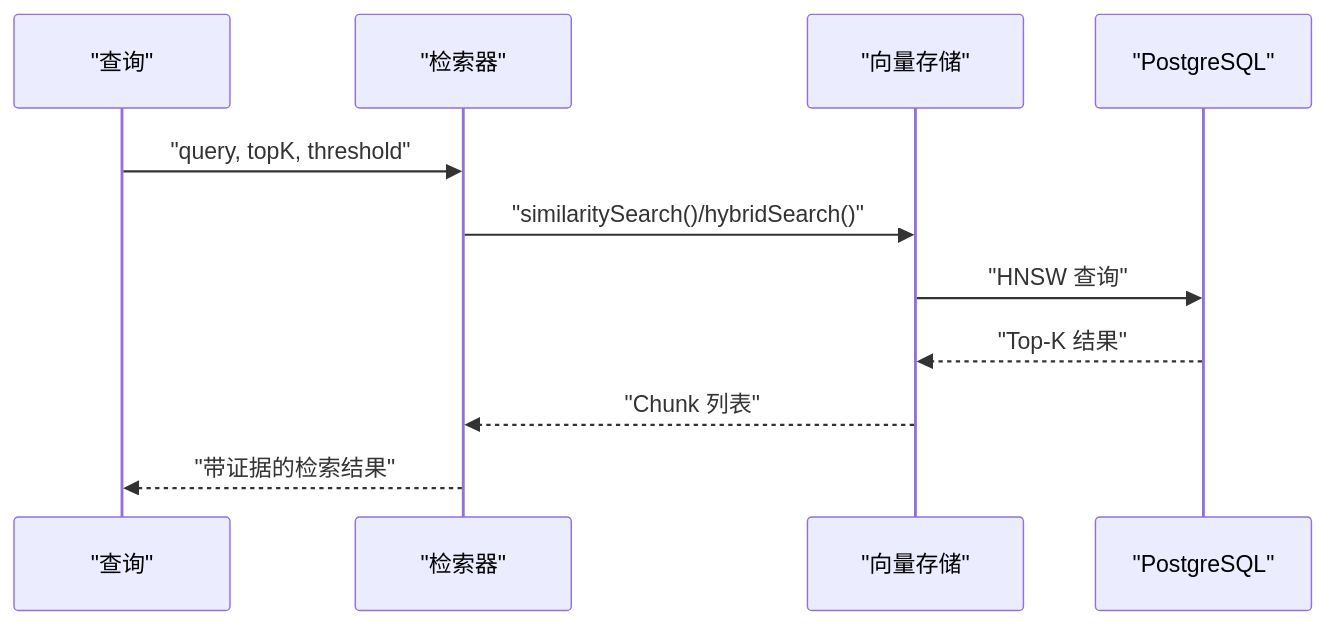
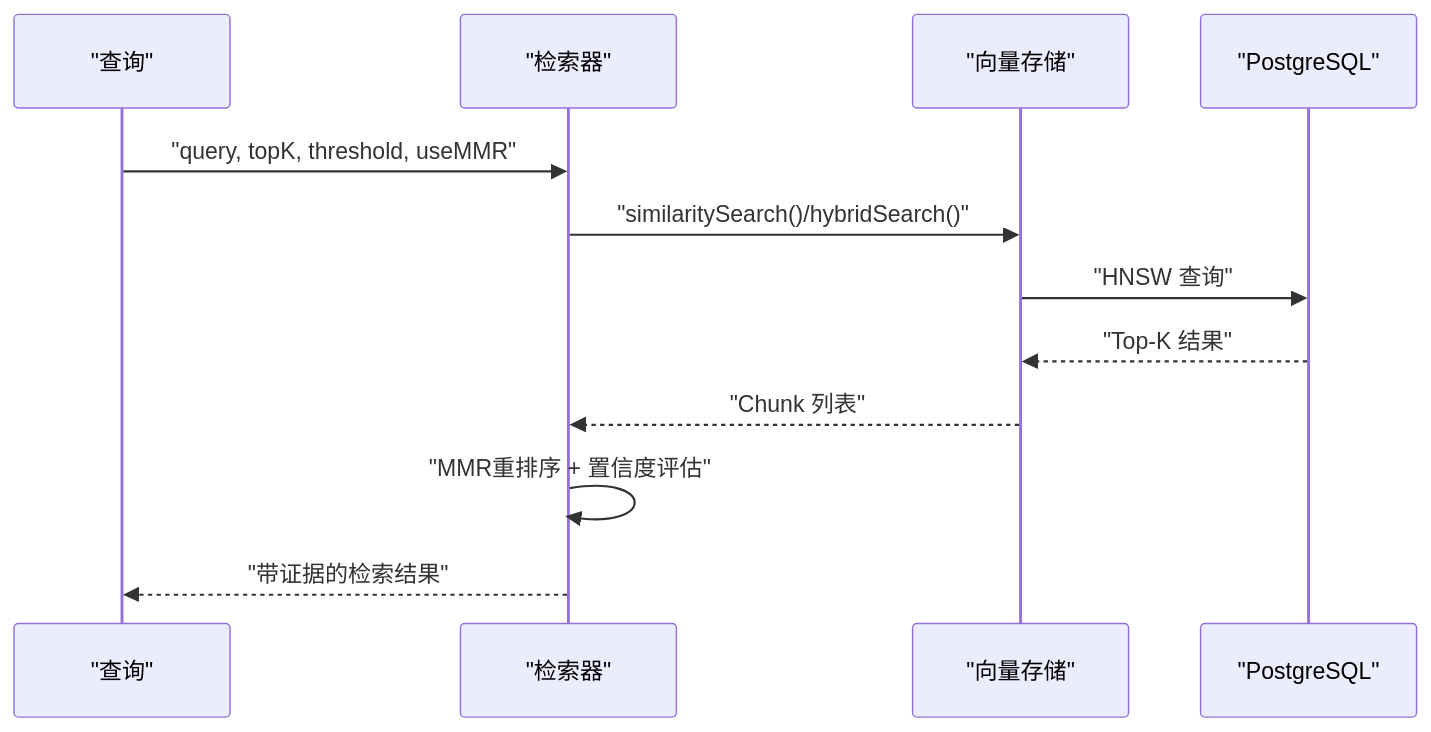
The fourth of 5 diagrams in .qoder/repowiki/zh/content/项目概述/核心功能/向量检索引擎/向量嵌入算法.md (lbl-bm/notebookLM-clone), drawn with Mermaid before and after one commit. The commit also changed other lines of this file and 13 other files, not shown here.

````diff
--- a/.qoder/repowiki/zh/content/项目概述/核心功能/向量检索引擎/向量嵌入算法.md
+++ b/.qoder/repowiki/zh/content/项目概述/核心功能/向量检索引擎/向量嵌入算法.md
@@ -189,13 +200,14 @@
 ```mermaid
 sequenceDiagram
 participant Q as "查询"
 participant RET as "检索器"
 participant VS as "向量存储"
 participant DB as "PostgreSQL"
-Q->>RET : "query, topK, threshold"
+Q->>RET : "query, topK, threshold, useMMR"
 RET->>VS : "similaritySearch()/hybridSearch()"
 VS->>DB : "HNSW 查询"
 DB-->>VS : "Top-K 结果"
 VS-->>RET : "Chunk 列表"
+RET->>RET : "MMR重排序 + 置信度评估"
 RET-->>Q : "带证据的检索结果"
 ```
````
